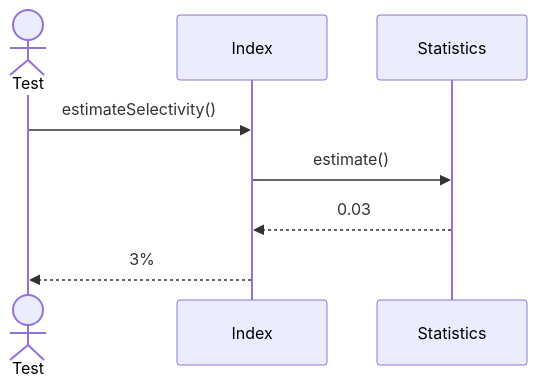
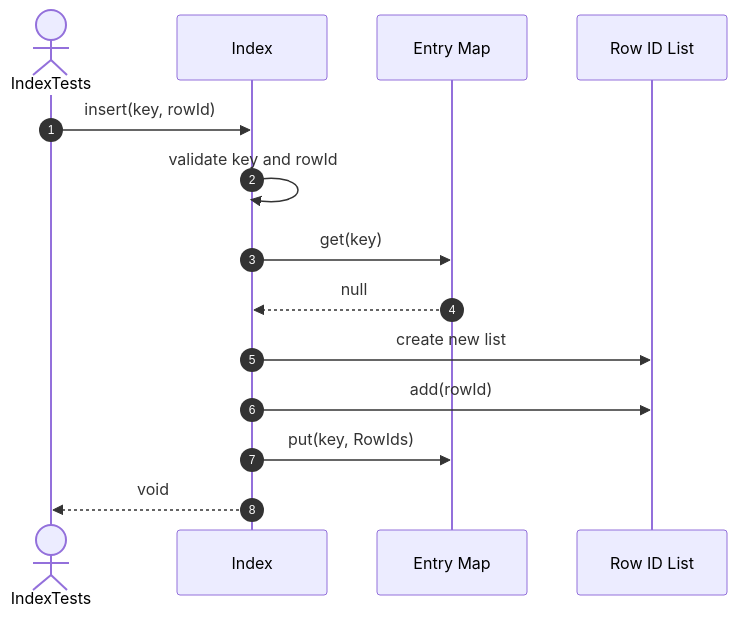
Before and after one commit to FhuAnn/-bbv-AN-s-DBMS: the fifth of 15 diagrams in src/tests/unit/metadata/sequences/indexs-testing.se.md, drawn with Mermaid. The commit also changed other lines of this file and 60 other files, not shown here.

Commit message:
refactor data table, row, column, constraint, index test file

````diff
--- a/src/tests/unit/metadata/sequences/indexs-testing.se.md
+++ b/src/tests/unit/metadata/sequences/indexs-testing.se.md
@@ -163,14 +70,17 @@
 ```mermaid
 sequenceDiagram
-actor Test
-participant Index
-participant Statistics
+    autonumber
+    actor Test as IndexTests
+    participant Index as Index
+    participant Entries as Entry Map
+    participant RowIds as Row ID List
 
-Test->>Index: estimateSelectivity()
-
-Index->>Statistics: estimate()
-
-Statistics-->>Index: 0.03
-
-Index-->>Test: 3%
+    Test->>Index: insert(key, rowId)
+    Index->>Index: validate key and rowId
+    Index->>Entries: get(key)
+    Entries-->>Index: null
+    Index->>RowIds: create new list
+    Index->>RowIds: add(rowId)
+    Index->>Entries: put(key, RowIds)
+    Index-->>Test: void
 ```
````
